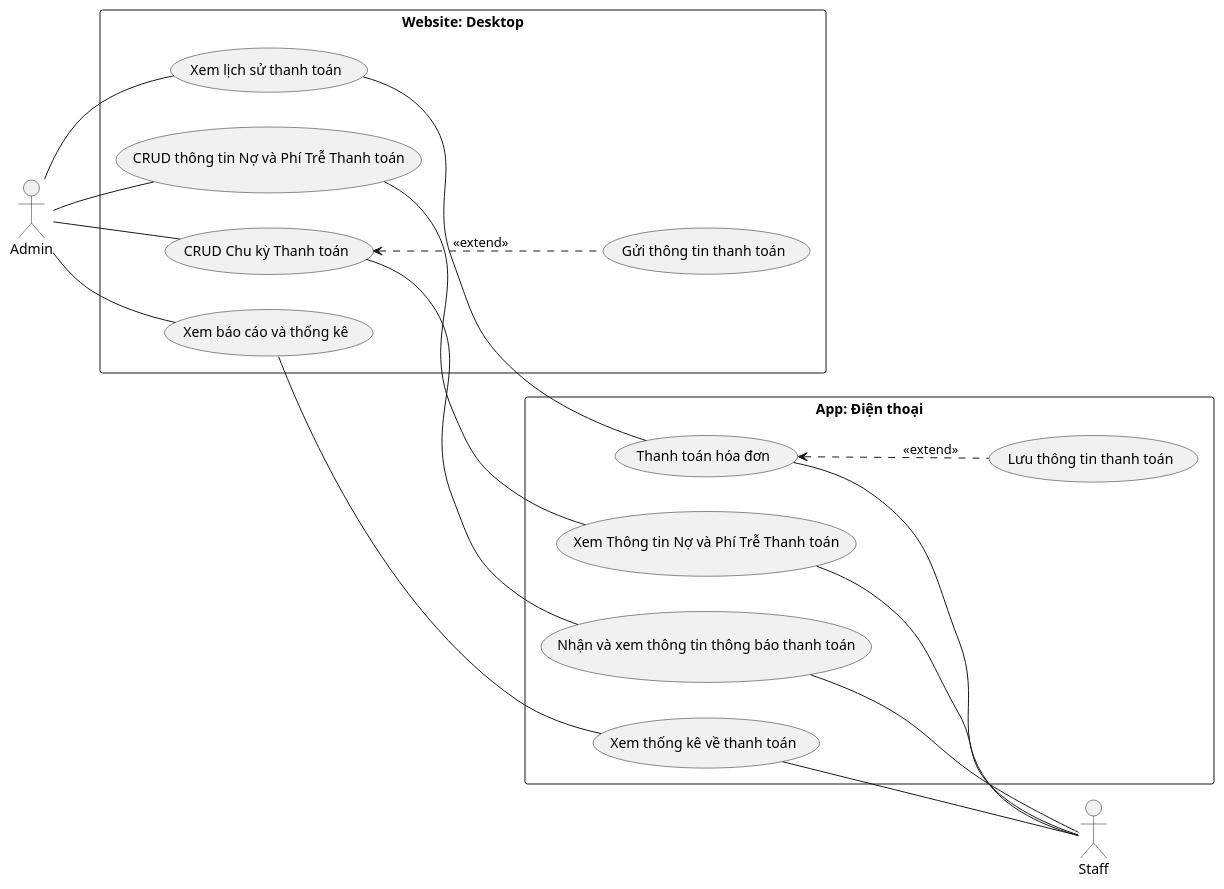
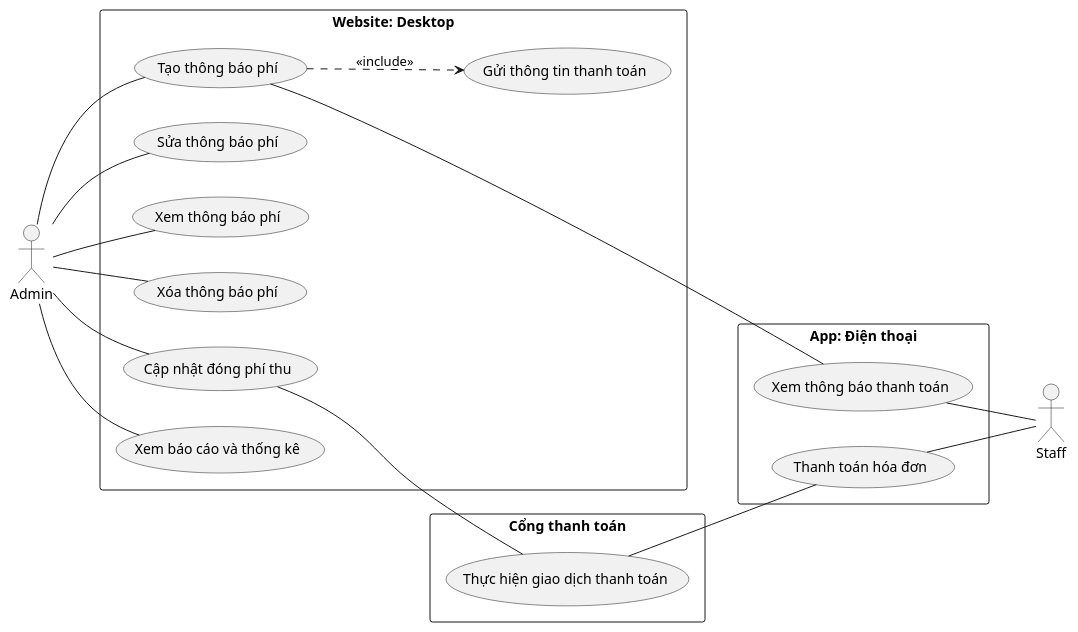
One commit to QuickyBooster/SE357-Pratice-class changed the diagram in Lab1/Lab1.2/Usecase/Quản lý thu phí.plantuml. Above: the diagram before and after it, drawn with PlantUML. The commit also changed 7 other files, not shown here.

Commit message:
thuyduong class diagram

```diff
--- a/Lab1/Lab1.2/Usecase/Quản lý thu phí.plantuml
+++ b/Lab1/Lab1.2/Usecase/Quản lý thu phí.plantuml
@@ -1,37 +1,37 @@
 @startuml
 left to right direction
 
 actor Admin as C
 actor Staff as S
 rectangle "Website: Desktop" {
-  usecase (Xem lịch sử thanh toán) as UC1
-  usecase (CRUD thông tin Nợ và Phí Trễ Thanh toán) as UC2
-  usecase (CRUD Chu kỳ Thanh toán) as UC3
-    (UC3)<..(Gửi thông tin thanh toán):<<extend>>
-  usecase (Xem báo cáo và thống kê) as UC4
+  usecase (Tạo thông báo phí) as UC1
+      (UC1)..>(Gửi thông tin thanh toán):<<include>>
+  usecase (Sửa thông báo phí) as UC2
+  usecase (Xem thông báo phí) as UC3
+    usecase (Xóa thông báo phí) as UC4
+  usecase (Cập nhật đóng phí thu) as UC5
+    usecase (Xem báo cáo và thống kê) as UC6
+  
 }
-
+rectangle "Cổng thanh toán" {
+  usecase (Thực hiện giao dịch thanh toán) as UC7
+}
 rectangle "App: Điện thoại" {
-  usecase "Thanh toán hóa đơn" as UC5
-    (UC5)<..(Lưu thông tin thanh toán):<<extend>>
-  usecase "Xem Thông tin Nợ và Phí Trễ Thanh toán" as UC6
-  usecase "Nhận và xem thông tin thông báo thanh toán" as UC7
-  usecase "Xem thống kê về thanh toán" as UC8
-  
+  usecase "Xem thông báo thanh toán" as UC8
+  usecase "Thanh toán hóa đơn" as UC9
 }
 
 C -- UC1
 C -- UC2
 C -- UC3
 C -- UC4
-UC5 -- S
-UC6 -- S
-UC7 -- S
+C -- UC5
+C -- UC6
 UC8 -- S
-UC1 -- UC5
-UC2 -- UC6
-UC3 -- UC7
-UC4 -- UC8
+UC9 -- S
+UC1 -- UC8
+UC5 -- UC7
+UC7 -- UC9
 
 
 @enduml
```
